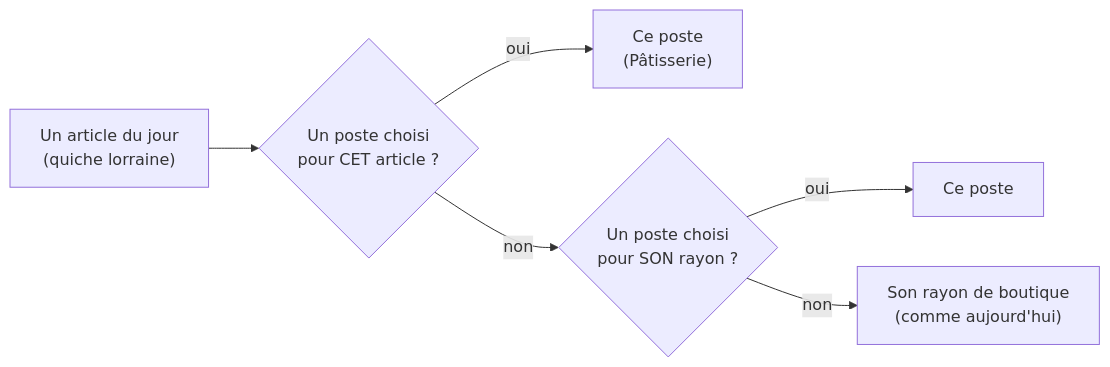
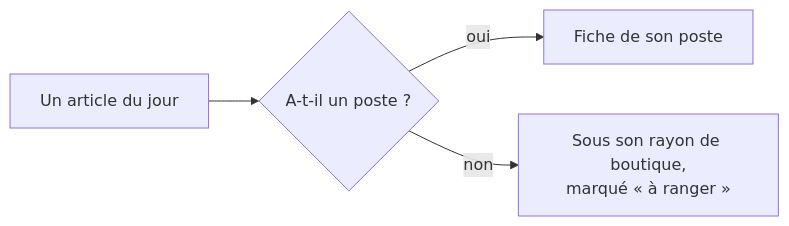
Before and after one commit to hugoheynard/lfd: the diagram in documentation/fournil/plan-postes-du-fournil.md, drawn with Mermaid. The commit also changed other lines of this file and 1 other file, not shown here.

First line of the commit message:
docs(fournil): les postes du fournil, un poste par article

````diff
--- a/documentation/fournil/plan-postes-du-fournil.md
+++ b/documentation/fournil/plan-postes-du-fournil.md
@@ -28,8 +33,6 @@
 ```mermaid
 flowchart LR
-    A["Un article du jour<br/>(quiche lorraine)"] --> B{"Un poste choisi<br/>pour CET article ?"}
-    B -- oui --> P1["Ce poste<br/>(Pâtisserie)"]
-    B -- non --> C{"Un poste choisi<br/>pour SON rayon ?"}
-    C -- oui --> P2["Ce poste"]
-    C -- non --> R["Son rayon de boutique<br/>(comme aujourd'hui)"]
+    A["Un article du jour"] --> B{"A-t-il un poste ?"}
+    B -- oui --> P["Fiche de son poste"]
+    B -- non --> R["Sous son rayon de boutique,<br/>marqué « à ranger »"]
 ```
````
